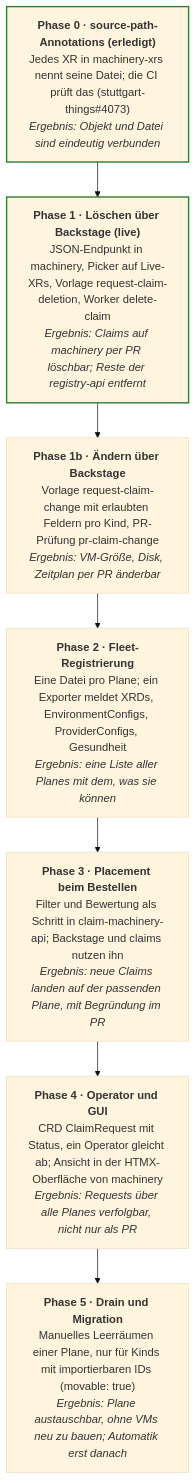
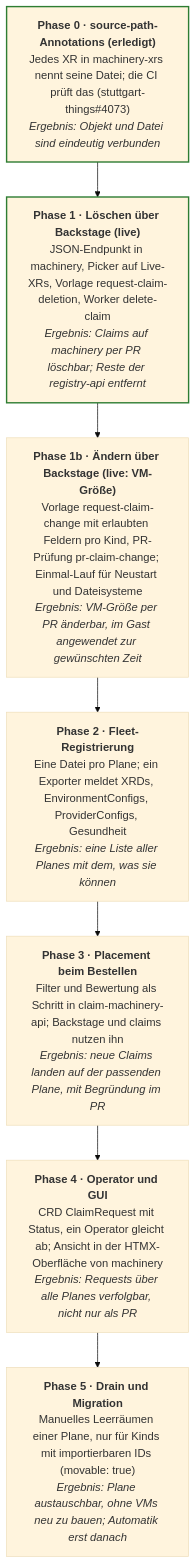
Before and after one commit to stuttgart-things/machinery: the fourth of 4 diagrams in docs/design/claim-scheduler.md, drawn with Mermaid (base theme). The commit also changed other lines of this file, not shown here.

First line of the commit message:
docs(claim-scheduler): Teil D live, the one-shot run that applies a resize in the guest (#109)

````diff
--- a/docs/design/claim-scheduler.md
+++ b/docs/design/claim-scheduler.md
@@ -240,13 +267,13 @@
 ```mermaid
 flowchart TB
     p0["<b>Phase 0 · source-path-Annotations (erledigt)</b><br/>Jedes XR in machinery-xrs nennt seine Datei; die CI prüft das (stuttgart-things#4073)<br/><i>Ergebnis: Objekt und Datei sind eindeutig verbunden</i>"]
     p1["<b>Phase 1 · Löschen über Backstage (live)</b><br/>JSON-Endpunkt in machinery, Picker auf Live-XRs, Vorlage request-claim-deletion, Worker delete-claim<br/><i>Ergebnis: Claims auf machinery per PR löschbar; Reste der registry-api entfernt</i>"]
-    p1b["<b>Phase 1b · Ändern über Backstage</b><br/>Vorlage request-claim-change mit erlaubten Feldern pro Kind, PR-Prüfung pr-claim-change<br/><i>Ergebnis: VM-Größe, Disk, Zeitplan per PR änderbar</i>"]
+    p1b["<b>Phase 1b · Ändern über Backstage (live: VM-Größe)</b><br/>Vorlage request-claim-change mit erlaubten Feldern pro Kind, PR-Prüfung pr-claim-change; Einmal-Lauf für Neustart und Dateisysteme<br/><i>Ergebnis: VM-Größe per PR änderbar, im Gast angewendet zur gewünschten Zeit</i>"]
     p2["<b>Phase 2 · Fleet-Registrierung</b><br/>Eine Datei pro Plane; ein Exporter meldet XRDs, EnvironmentConfigs, ProviderConfigs, Gesundheit<br/><i>Ergebnis: eine Liste aller Planes mit dem, was sie können</i>"]
     p3["<b>Phase 3 · Placement beim Bestellen</b><br/>Filter und Bewertung als Schritt in claim-machinery-api; Backstage und claims nutzen ihn<br/><i>Ergebnis: neue Claims landen auf der passenden Plane, mit Begründung im PR</i>"]
     p4["<b>Phase 4 · Operator und GUI</b><br/>CRD ClaimRequest mit Status, ein Operator gleicht ab; Ansicht in der HTMX-Oberfläche von machinery<br/><i>Ergebnis: Requests über alle Planes verfolgbar, nicht nur als PR</i>"]
     p5["<b>Phase 5 · Drain und Migration</b><br/>Manuelles Leerräumen einer Plane, nur für Kinds mit importierbaren IDs (movable: true)<br/><i>Ergebnis: Plane austauschbar, ohne VMs neu zu bauen; Automatik erst danach</i>"]
     p0 --> p1 --> p1b --> p2 --> p3 --> p4 --> p5
     style p0 stroke:#2e7d32,stroke-width:2px
     style p1 stroke:#2e7d32,stroke-width:2px
 ```
````
